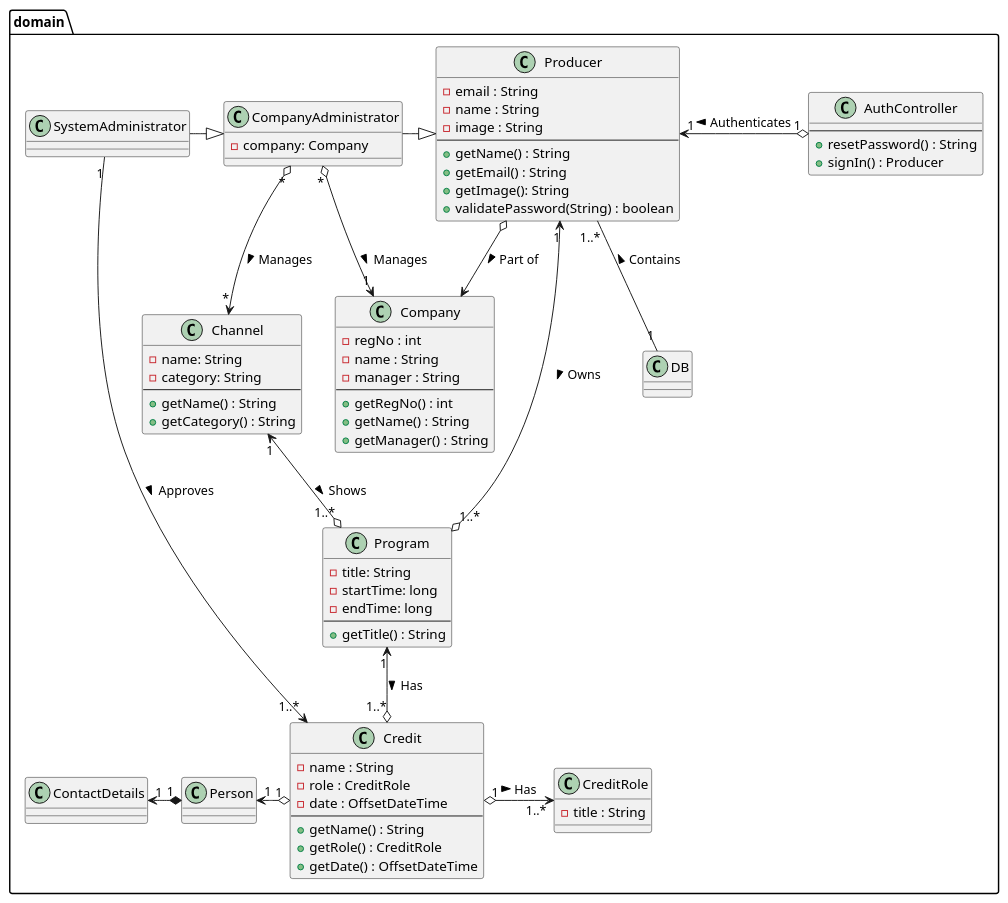
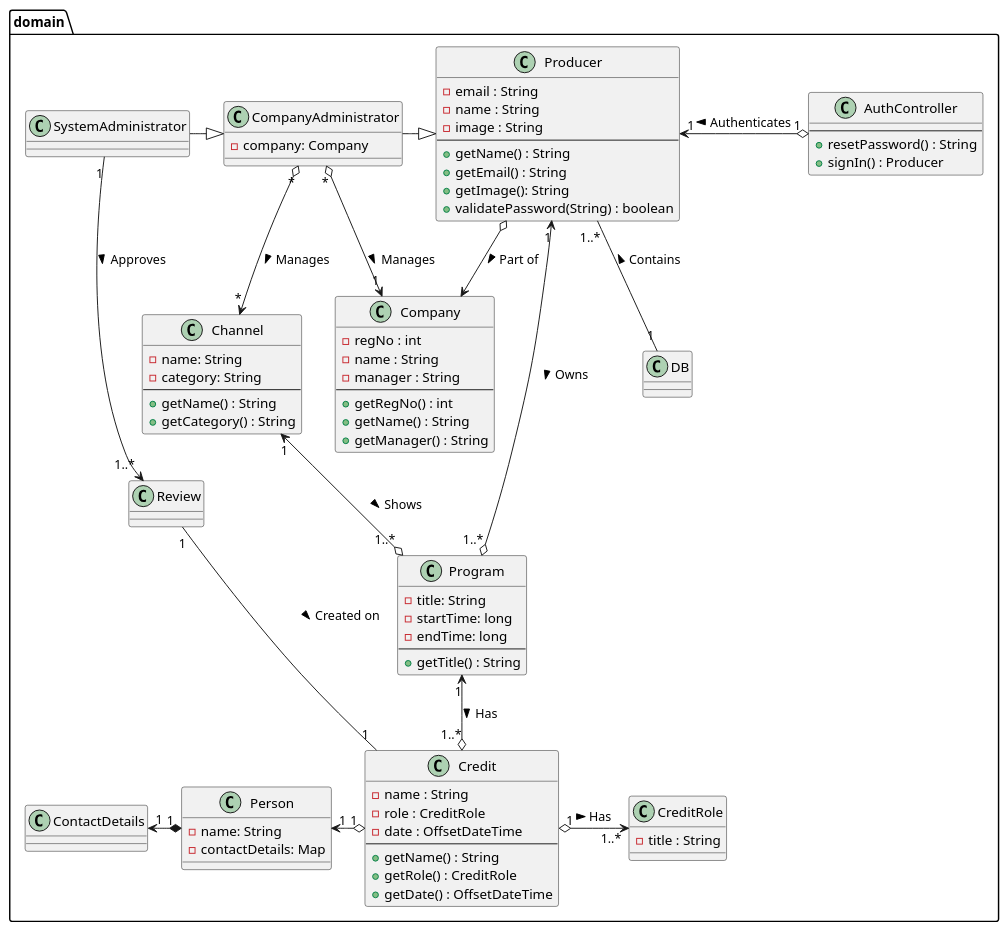
Before and after one commit to amatzen/SE02-SE-G02-SPRO: the diagram in uml/class_diagrams/domain_model/domain_model_extended.puml, drawn with PlantUML. The commit also changed 1 other file, not shown here.

Commit message:
Updated diagram

```diff
--- a/uml/class_diagrams/domain_model/domain_model_extended.puml
+++ b/uml/class_diagrams/domain_model/domain_model_extended.puml
@@ -1,105 +1,110 @@
 @startuml
 'https://plantuml.com/class-diagram
 
 package "domain" {
     'Personer her
     class Producer {
         - email : String
         - name : String
         - image : String
         --
         + getName() : String
         + getEmail() : String
         + getImage(): String
         + validatePassword(String) : boolean
     }
 
     class CompanyAdministrator {
         - company: Company
     }
 
     class SystemAdministrator {
     }
 
     'Naeste
     class Company {
         - regNo : int
         - name : String
         - manager : String
         --
         + getRegNo() : int
         + getName() : String
         + getManager() : String
     }
 
     class Channel {
         - name: String
         - category: String
         --
         + getName() : String
         + getCategory() : String
     }
 
     class Program {
         - title: String
         -startTime: long
         -endTime: long
         --
         + getTitle() : String
     }
 
     class CreditRole {
         - title : String
     }
 
+    class Review {
+    }
 
     class Credit {
         - name : String
         - role : CreditRole
         - date : OffsetDateTime
         --
         + getName() : String
         + getRole() : CreditRole
         + getDate() : OffsetDateTime
     }
 
     'Controller
     class AuthController {
         --
         + resetPassword() : String
         + signIn() : Producer
     }
 
     'Statics
     class DB {
     }
 
     class Person {
+        -name: String
+        -contactDetails: Map
     }
 
     class ContactDetails {
     }
 }
 
-SystemAdministrator "1" --> "1..*" Credit : "Approves >"
+SystemAdministrator "1" --> "1..*" Review : "Approves >"
+Review "1" -- "1" Credit : "Created on >"
 SystemAdministrator -|> CompanyAdministrator
 
 CompanyAdministrator -|> Producer
 CompanyAdministrator "*" o--> "1" Company : "Manages >"
 CompanyAdministrator "*" o--> "*" Channel : "Manages >"
 
 Producer "1" <--o "1..*" Program : "Owns >"
 Producer "1" <-o "1" AuthController : "Authenticates <"
 Producer o--> Company : "Part of >"
 Producer "1..*" -- "1" DB : "Contains <"
 
 Channel "1" <--o "1..*" Program : "Shows >"
 
 Credit "1" o-> "1..*" CreditRole : "Has >"
 
 Program "1" <--o "1..*" Credit : "Has >"
 
 Person "1" <-o "1" Credit
 ContactDetails "1" <-* "1" Person
 
 @enduml
```
